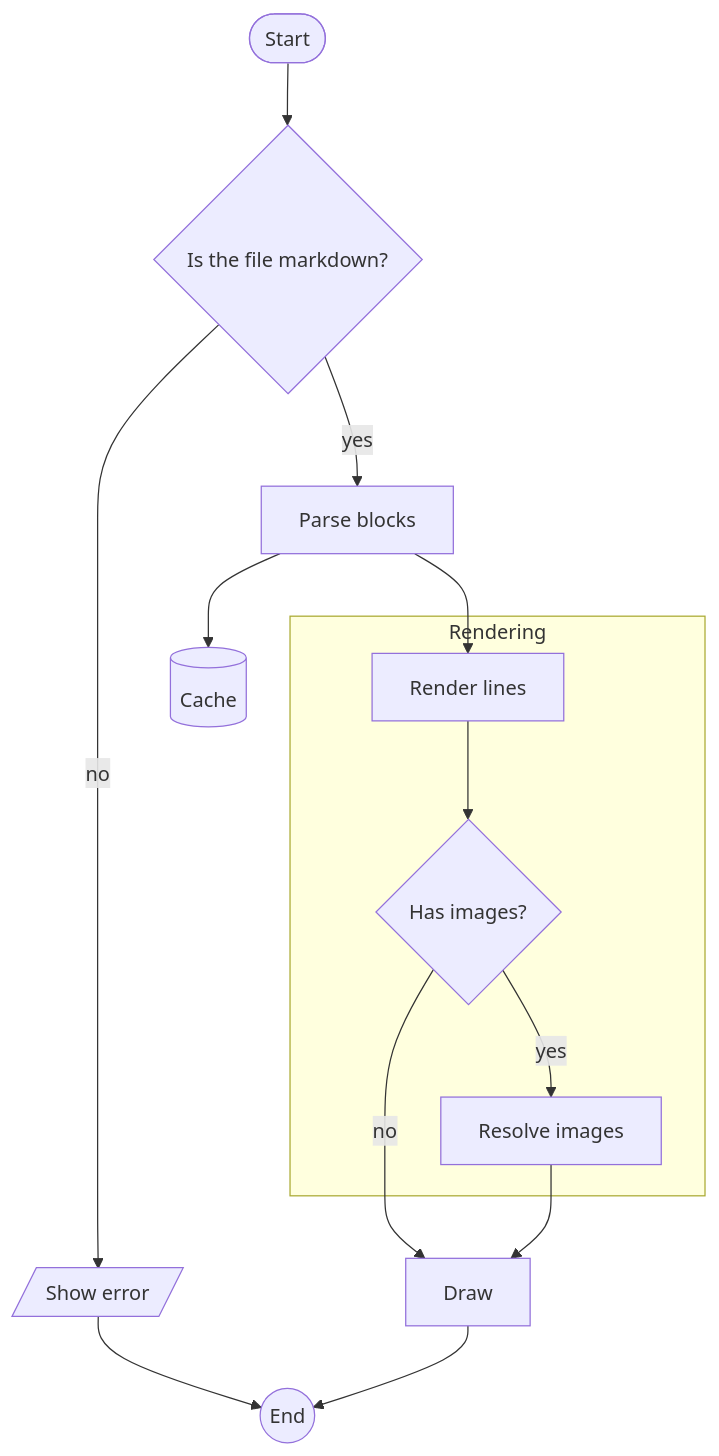
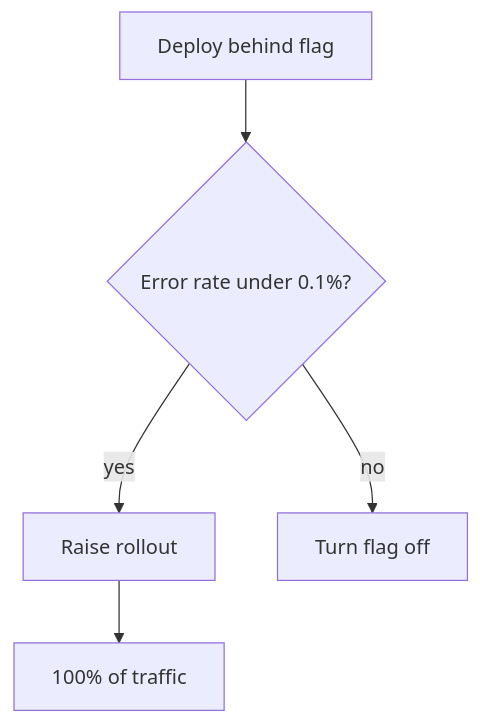
Before and after one commit to luizbafilho/markview: the first of 4 diagrams in sample.md, drawn with Mermaid. The commit also changed other lines of this file and 9 other files, not shown here.

````diff
--- a/sample.md
+++ b/sample.md
@@ -145,19 +51,7 @@
 ```mermaid
 flowchart TD
-    A([Start]) --> B{Is the file markdown?}
-    B -->|yes| C[Parse blocks]
-    B -->|no| D[/Show error/]
-    C --> E[(Cache)]
-    C --> F[Render lines]
-    F --> G{Has images?}
-    G -->|yes| H[Resolve images]
-    G -->|no| I[Draw]
-    H --> I
-    D --> J((End))
-    I --> J
-    subgraph Rendering
-        F
-        G
-        H
-    end
+    A[Deploy behind flag] --> B{Error rate under 0.1%?}
+    B -->|yes| C[Raise rollout]
+    B -->|no| D[Turn flag off]
+    C --> E[100% of traffic]
 ```
````
